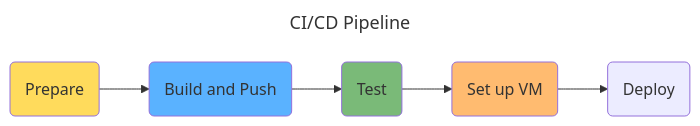
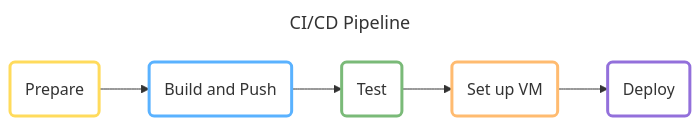
One commit to DevOps-2024-group-p/maxitwit changed the sixth of 10 diagrams in report/report.md. Above: the diagram before and after it, drawn with Mermaid. The commit also changed other lines of this file and 1 other file, not shown here.

````diff
--- a/report/report.md
+++ b/report/report.md
@@ -201,15 +201,16 @@
 ```mermaid
 ---
 title: CI/CD Pipeline
 ---
 flowchart LR
         id0("Prepare")-->id1("Build and Push")
         id1-->id2("Test")
         id2-->id3("Set up VM")
         id3-->id4("Deploy")
 
-        style id0 fill:#FFDB5C
-        style id1 fill:#5AB2FF
-        style id2 fill:#7ABA78
-        style id3 fill:#FFBB70
+        style id0 stroke:#FFDB5C, stroke-width:3px, fill:#FFFFFF
+        style id1 stroke:#5AB2FF, stroke-width:3px, fill:#FFFFFF
+        style id2 stroke:#7ABA78, stroke-width:3px, fill:#FFFFFF
+        style id3 stroke:#FFBB70, stroke-width:3px, fill:#FFFFFF
+        style id4 stroke-width:3px, fill:#FFFFFF
 ```
````
